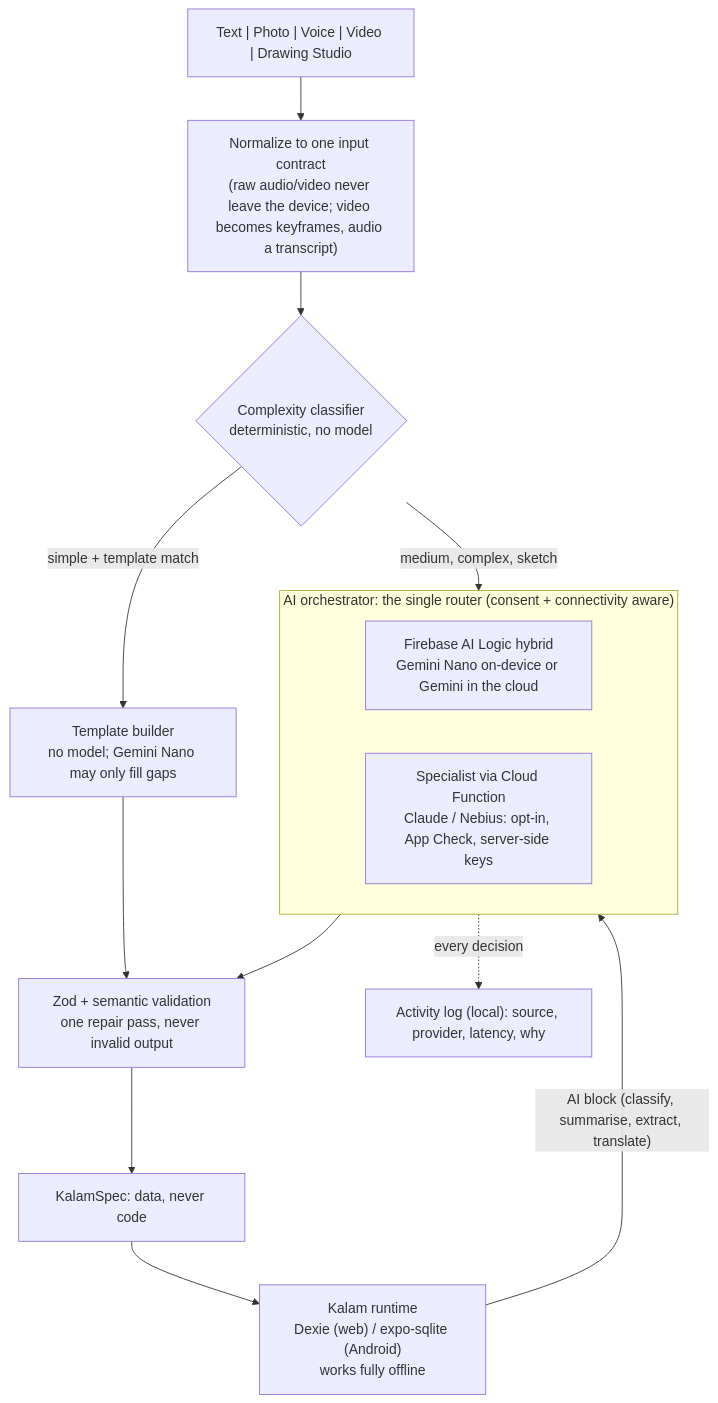
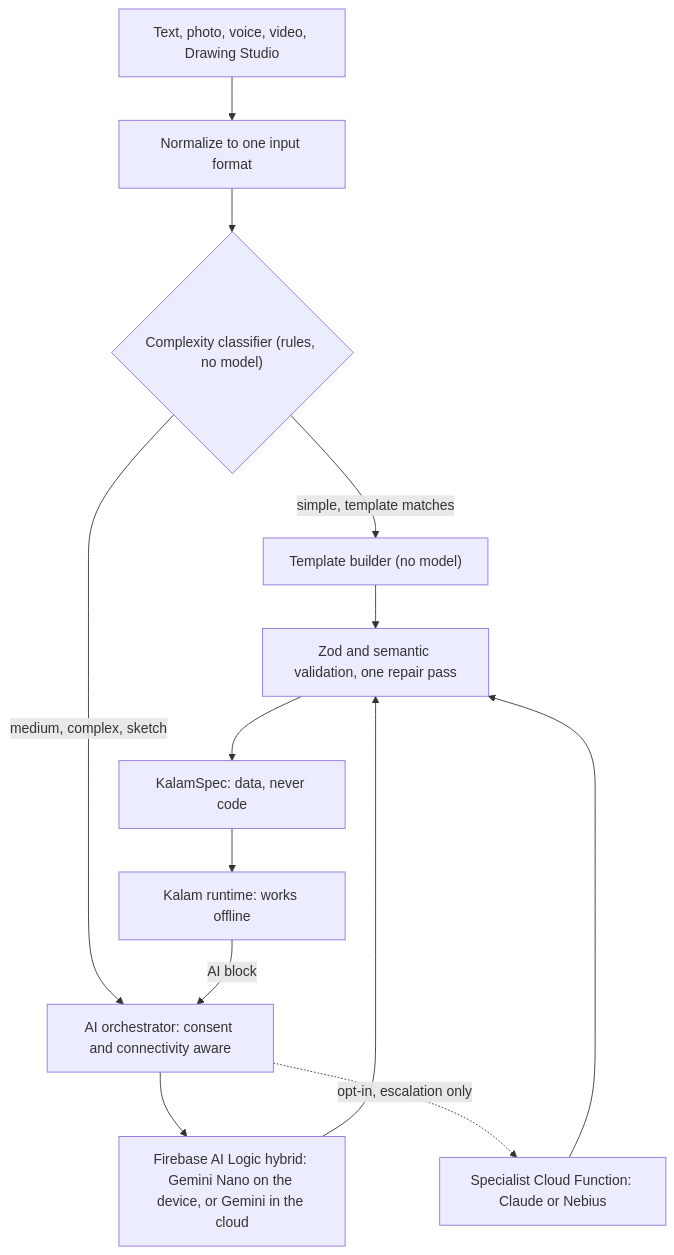
The diagram in README.md (vishavmehra/kalam), drawn with Mermaid before and after one commit. The commit also changed other lines of this file and 1286 other files, not shown here.

First line of the commit message:
Early ship: local-first AI, share and import, MCP server refresh, hosting config, and test coverage

````diff
--- a/README.md
+++ b/README.md
@@ -64,18 +37,15 @@
 ```mermaid
 flowchart TD
-  IN["Text | Photo | Voice | Video | Drawing Studio"] --> NORM["Normalize to one input contract<br/>(raw audio/video never leave the device; video becomes keyframes, audio a transcript)"]
-  NORM --> CLS{"Complexity classifier<br/>deterministic, no model"}
-  CLS -->|"simple + template match"| TPL["Template builder<br/>no model; Gemini Nano may only fill gaps"]
-  CLS -->|"medium, complex, sketch"| ORCH
-  subgraph ORCH["AI orchestrator: the single router (consent + connectivity aware)"]
-    direction LR
-    FB["Firebase AI Logic hybrid<br/>Gemini Nano on-device or Gemini in the cloud"]
-    SP["Specialist via Cloud Function<br/>Claude / Nebius: opt-in, App Check, server-side keys"]
-  end
-  TPL --> VAL
-  ORCH --> VAL["Zod + semantic validation<br/>one repair pass, never invalid output"]
+  IN["Text, photo, voice, video, Drawing Studio"] --> NORM["Normalize to one input format"]
+  NORM --> CLS{"Complexity classifier (rules, no model)"}
+  CLS -->|"simple, template matches"| TPL["Template builder (no model)"]
+  CLS -->|"medium, complex, sketch"| ORCH["AI orchestrator: consent and connectivity aware"]
+  ORCH --> FB["Firebase AI Logic hybrid: Gemini Nano on the device, or Gemini in the cloud"]
+  ORCH -.->|"opt-in, escalation only"| SP["Specialist Cloud Function: Claude or Nebius"]
+  TPL --> VAL["Zod and semantic validation, one repair pass"]
+  FB --> VAL
+  SP --> VAL
   VAL --> SPEC["KalamSpec: data, never code"]
-  SPEC --> RT["Kalam runtime<br/>Dexie (web) / expo-sqlite (Android)<br/>works fully offline"]
-  RT -->|"AI block (classify, summarise, extract, translate)"| ORCH
-  ORCH -.->|"every decision"| LOG["Activity log (local): source, provider, latency, why"]
+  SPEC --> RT["Kalam runtime: works offline"]
+  RT -->|"AI block"| ORCH
 ```
````
